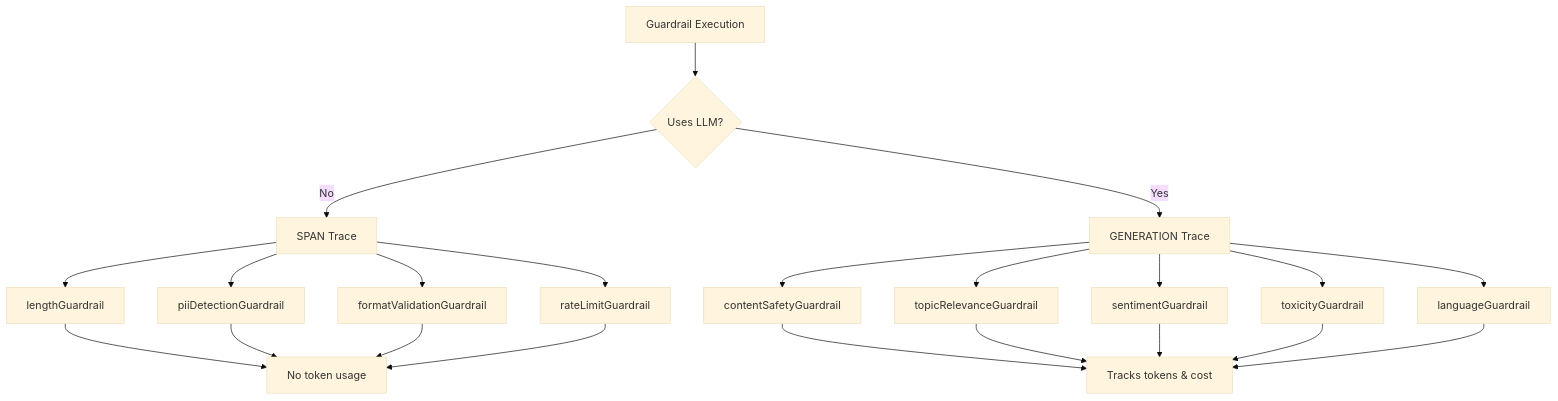
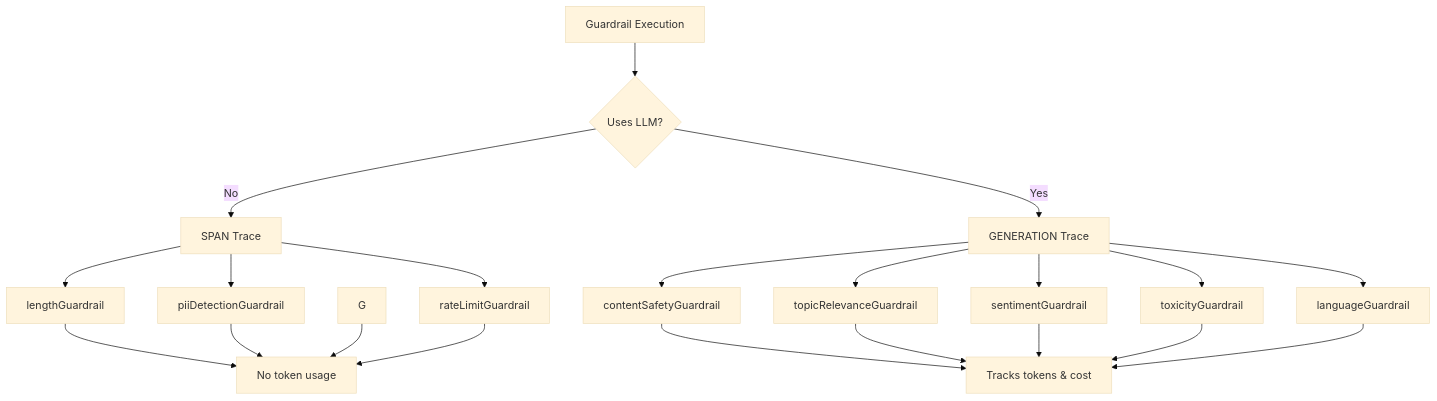
The seventh of 11 diagrams in docs/reference/FLOW_DIAGRAMS.md (tawk/tawk-agents-sdk), drawn with Mermaid (base theme) before and after one commit. The commit also changed other lines of this file and 20 other files, not shown here.

````diff
--- a/docs/reference/FLOW_DIAGRAMS.md
+++ b/docs/reference/FLOW_DIAGRAMS.md
@@ -332,29 +331,28 @@
 ```mermaid
 flowchart TD
     A[Guardrail Execution] --> B{Uses LLM?}
     
     B -->|No| C[SPAN Trace]
     B -->|Yes| D[GENERATION Trace]
     
     C --> E[lengthGuardrail]
     C --> F[piiDetectionGuardrail]
-    C --> G[formatValidationGuardrail]
     C --> H[rateLimitGuardrail]
     
     D --> I[contentSafetyGuardrail]
     D --> J[topicRelevanceGuardrail]
     D --> K[sentimentGuardrail]
     D --> L[toxicityGuardrail]
     D --> M[languageGuardrail]
     
     E --> N[No token usage]
     F --> N
     G --> N
     H --> N
     
     I --> O[Tracks tokens & cost]
     J --> O
     K --> O
     L --> O
     M --> O
 ```
````
